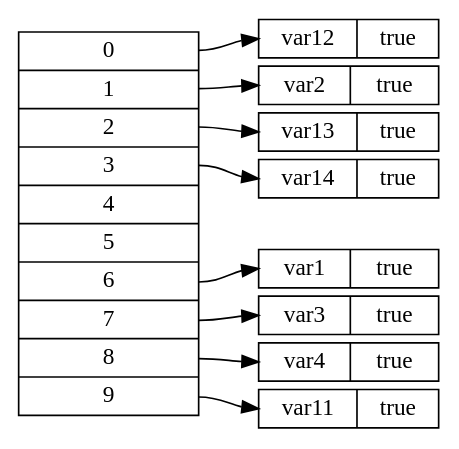
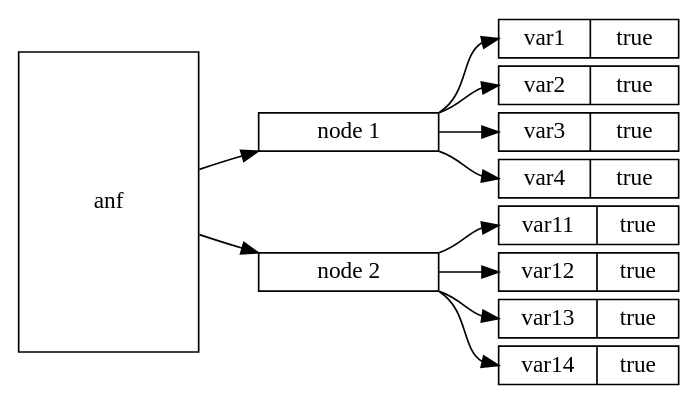
One commit to ScandalAnimal/bachelor_thesis changed the diagram in code/test5.gv. Above: the diagram before and after it, drawn with Graphviz. The commit also changed 8 other files, not shown here.

Commit message:
refactor graph

```diff
--- a/code/test5.gv
+++ b/code/test5.gv
@@ -1,24 +1,27 @@
 digraph G {
 nodesep=.05;
 rankdir=LR;
 node [shape=record,width=.1,height=.1];
 node [width = 1.5];
-node0 [label = "<f0> 0 | <f1> 1 | <f2> 2 | <f3> 3 | <f4> 4 | <f5> 5 | <f6> 6 | <f7> 7 | <f8> 8 | <f9> 9",height=2.5];
-node1[label = "{ <n> var12 | true}"];
-node0:f0 -> node1:n;
-node2[label = "{ <n> var2 | true}"];
-node0:f1 -> node2:n;
-node3[label = "{ <n> var13 | true}"];
-node0:f2 -> node3:n;
-node4[label = "{ <n> var14 | true}"];
-node0:f3 -> node4:n;
-node5[label = "{ <n> var1 | true}"];
-node0:f6 -> node5:n;
-node6[label = "{ <n> var3 | true}"];
-node0:f7 -> node6:n;
-node7[label = "{ <n> var4 | true}"];
-node0:f8 -> node7:n;
-node8[label = "{ <n> var11 | true}"];
-node0:f9 -> node8:n;
-
+node0 [label = "<n0> anf",height=2.5];
+node1[label = "{ <n> node 1}"];
+node0:n0 -> node1:n;
+node2[label = "{ <n> node 2}"];
+node0:n0 -> node2:n;
+node3[label = "{ <n> var1 | true}"];
+node1:n -> node3:n;
+node4[label = "{ <n> var2 | true}"];
+node1:n -> node4:n;
+node5[label = "{ <n> var3 | true}"];
+node1:n -> node5:n;
+node6[label = "{ <n> var4 | true}"];
+node1:n -> node6:n;
+node7[label = "{ <n> var11 | true}"];
+node2:n -> node7:n;
+node8[label = "{ <n> var12 | true}"];
+node2:n -> node8:n;
+node9[label = "{ <n> var13 | true}"];
+node2:n -> node9:n;
+node10[label = "{ <n> var14 | true}"];
+node2:n -> node10:n;
 }
```
